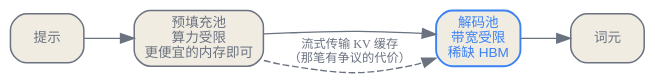
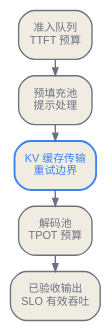
Before and after one commit to latere-ai/ai-as-an-infrastructure: the fifth of 5 diagrams in zh/infrastructure/08-the-machine-that-breaks.qmd, drawn with Graphviz. The commit also changed other lines of this file and 1 other file, not shown here.

````diff
--- a/zh/infrastructure/08-the-machine-that-breaks.qmd
+++ b/zh/infrastructure/08-the-machine-that-breaks.qmd
@@ -56,17 +226,16 @@
 ```{dot}
 //| label: fig-machine-disagg
-//| fig-cap: "服务为何拆成两段。预填充是算力受限的，能容忍便宜内存；解码是带宽受限的，要的是稀缺的 HBM。把它们拆到配置各异的资源池上，让每一方都跑在成本最优的硅上，代价是在两者之间流式传输 KV 缓存。这一笔交易划不划算，存在争议。"
-digraph disagg {
-  rankdir=LR;
-  bgcolor="transparent";
-  node [shape=box, style="rounded,filled", fontname="Helvetica", fontsize=10, color="#6b7280", fontcolor="#6b7280", fillcolor="#f1ece1", penwidth=1.1];
-  edge [color="#6b7280", fontcolor="#6b7280", fontsize=9];
-
-  prompt [label="提示"];
-  prefill [label="预填充池\n算力受限\n更便宜的内存即可"];
-  decode  [label="解码池\n带宽受限\n稀缺 HBM", color="#3b82f6", fontcolor="#3b82f6", penwidth=1.4];
-  out [label="词元"];
-  prompt -> prefill -> decode -> out;
-  prefill -> decode [label="流式传输 KV 缓存\n（那笔有争议的代价）", style=dashed];
+//| fig-cap: "资源拆分消除了两个阶段之间的干扰，却引入了状态传输边界。部署时必须为排队、KV 缓存传输、重试和重复模型容量留出预算。"
+digraph {
+  bgcolor="transparent"; rankdir=TB;
+  nodesep=0.13; ranksep=0.17;
+  node [shape=box, style="rounded,filled", fontname="Helvetica", fontsize=8, margin="0.10,0.06", color="#6b7280", fontcolor="#6b7280", fillcolor="#f1ece1"];
+  edge [color="#6b7280", fontcolor="#6b7280", fontsize=7, arrowsize=0.55];
+  queue [label="准入队列\nTTFT 预算"];
+  prefill [label="预填充池\n提示处理"];
+  transfer [label="KV 缓存传输\n重试边界", color="#3b82f6", fontcolor="#3b82f6", penwidth=1.4];
+  decode [label="解码池\nTPOT 预算"];
+  accept [label="已验收输出\nSLO 有效吞吐"];
+  queue -> prefill -> transfer -> decode -> accept;
 }
 ```
````
